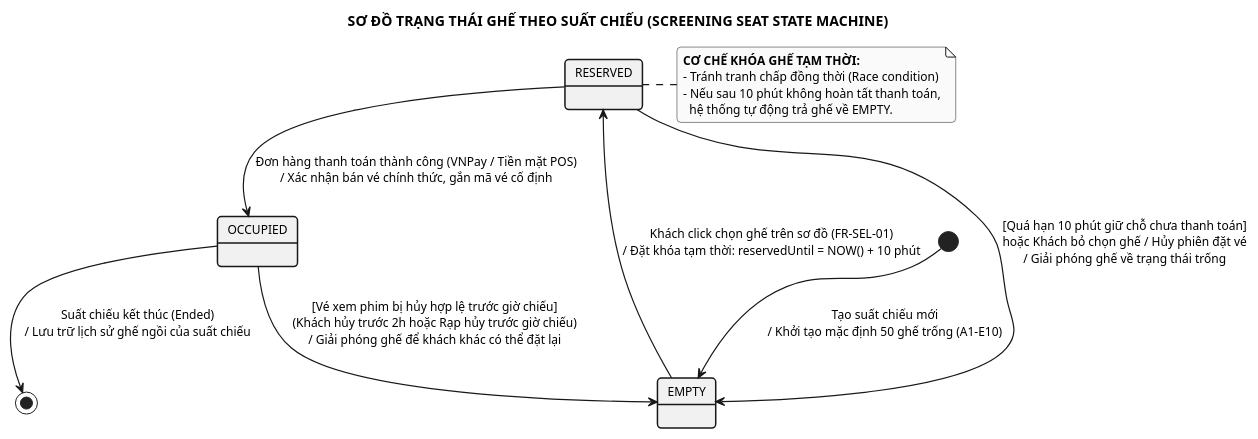
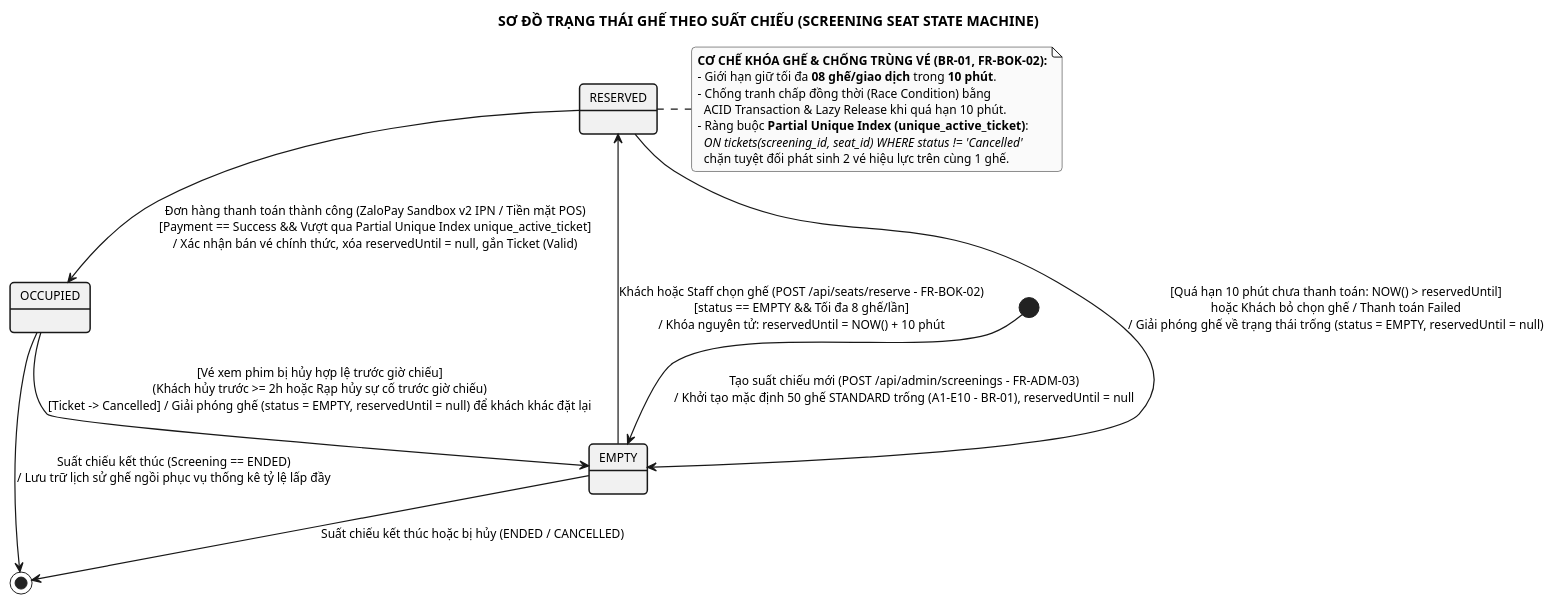
One commit to MaGiaVy/CinemaLUMI changed the diagram in PlantUML_State_Diagrams/state_seat.puml. Above: the diagram before and after it, drawn with PlantUML. The commit also changed 254 other files, not shown here.

Commit message:
feat(docs-uml): upgrade SRS to v2.0 and synchronize all 62 UML diagrams with codebase

```diff
--- a/PlantUML_State_Diagrams/state_seat.puml
+++ b/PlantUML_State_Diagrams/state_seat.puml
@@ -1,33 +1,37 @@
 @startuml state_seat
 skinparam monochrome true
 skinparam style strictuml
 skinparam defaultFontName Arial
 skinparam defaultFontSize 12
 skinparam roundCorner 8
 skinparam state {
     BorderThickness 1.5
     ArrowThickness 1.2
 }
 
 title SƠ ĐỒ TRẠNG THÁI GHẾ THEO SUẤT CHIẾU (SCREENING SEAT STATE MACHINE)
 
-[*] --> EMPTY : Tạo suất chiếu mới\n/ Khởi tạo mặc định 50 ghế trống (A1-E10)
+[*] --> EMPTY : Tạo suất chiếu mới (POST /api/admin/screenings - FR-ADM-03)\n/ Khởi tạo mặc định 50 ghế STANDARD trống (A1-E10 - BR-01), reservedUntil = null
 
-EMPTY --> RESERVED : Khách click chọn ghế trên sơ đồ (FR-SEL-01)\n/ Đặt khóa tạm thời: reservedUntil = NOW() + 10 phút
+EMPTY --> RESERVED : Khách hoặc Staff chọn ghế (POST /api/seats/reserve - FR-BOK-02)\n[status == EMPTY && Tối đa 8 ghế/lần]\n/ Khóa nguyên tử: reservedUntil = NOW() + 10 phút
 
-RESERVED --> EMPTY : [Quá hạn 10 phút giữ chỗ chưa thanh toán]\nhoặc Khách bỏ chọn ghế / Hủy phiên đặt vé\n/ Giải phóng ghế về trạng thái trống
+RESERVED --> EMPTY : [Quá hạn 10 phút chưa thanh toán: NOW() > reservedUntil]\nhoặc Khách bỏ chọn ghế / Thanh toán Failed\n/ Giải phóng ghế về trạng thái trống (status = EMPTY, reservedUntil = null)
 
-RESERVED --> OCCUPIED : Đơn hàng thanh toán thành công (VNPay / Tiền mặt POS)\n/ Xác nhận bán vé chính thức, gắn mã vé cố định
+RESERVED --> OCCUPIED : Đơn hàng thanh toán thành công (ZaloPay Sandbox v2 IPN / Tiền mặt POS)\n[Payment == Success && Vượt qua Partial Unique Index unique_active_ticket]\n/ Xác nhận bán vé chính thức, xóa reservedUntil = null, gắn Ticket (Valid)
 
-OCCUPIED --> EMPTY : [Vé xem phim bị hủy hợp lệ trước giờ chiếu]\n(Khách hủy trước 2h hoặc Rạp hủy trước giờ chiếu)\n/ Giải phóng ghế để khách khác có thể đặt lại
+OCCUPIED --> EMPTY : [Vé xem phim bị hủy hợp lệ trước giờ chiếu]\n(Khách hủy trước >= 2h hoặc Rạp hủy sự cố trước giờ chiếu)\n[Ticket -> Cancelled] / Giải phóng ghế (status = EMPTY, reservedUntil = null) để khách khác đặt lại
 
-OCCUPIED --> [*] : Suất chiếu kết thúc (Ended)\n/ Lưu trữ lịch sử ghế ngồi của suất chiếu
+OCCUPIED --> [*] : Suất chiếu kết thúc (Screening == ENDED)\n/ Lưu trữ lịch sử ghế ngồi phục vụ thống kê tỷ lệ lấp đầy
+EMPTY --> [*] : Suất chiếu kết thúc hoặc bị hủy (ENDED / CANCELLED)
 
 note right of RESERVED
-  <b>CƠ CHẾ KHÓA GHẾ TẠM THỜI:</b>
-  - Tránh tranh chấp đồng thời (Race condition)
-  - Nếu sau 10 phút không hoàn tất thanh toán,
-    hệ thống tự động trả ghế về EMPTY.
+  <b>CƠ CHẾ KHÓA GHẾ & CHỐNG TRÙNG VÉ (BR-01, FR-BOK-02):</b>
+  - Giới hạn giữ tối đa <b>08 ghế/giao dịch</b> trong <b>10 phút</b>.
+  - Chống tranh chấp đồng thời (Race Condition) bằng
+    ACID Transaction & Lazy Release khi quá hạn 10 phút.
+  - Ràng buộc <b>Partial Unique Index (unique_active_ticket)</b>:
+    <i>ON tickets(screening_id, seat_id) WHERE status != 'Cancelled'</i>
+    chặn tuyệt đối phát sinh 2 vé hiệu lực trên cùng 1 ghế.
 end note
 
 @enduml
```
